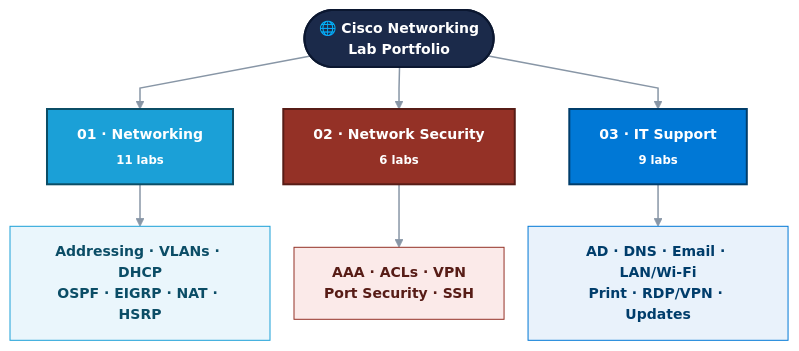
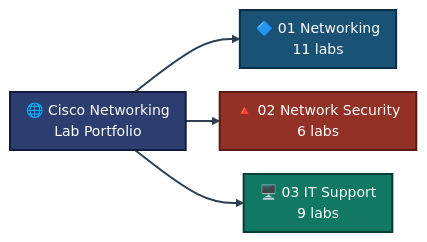
Before and after one commit to malaika-azhar/Cisco-Networking-Lab-Portfolio: the first of 6 diagrams in README.md, drawn with Mermaid. The commit also changed other lines of this file, not shown here.

````diff
--- a/README.md
+++ b/README.md
@@ -50,22 +61,13 @@
 ```mermaid
-%%{init: {'theme': 'base', 'themeVariables': {'fontSize': '14px'}, 'flowchart': {'nodeSpacing': 24, 'rankSpacing': 42, 'curve': 'linear'}}}%%
-flowchart TB
-    Root(["🌐 Cisco Networking<br/>Lab Portfolio"]):::root
-
-    Root --> N["01 · Networking<br/><sub>11 labs</sub>"]:::net
-    Root --> S["02 · Network Security<br/><sub>6 labs</sub>"]:::sec
-    Root --> I["03 · IT Support<br/><sub>9 labs</sub>"]:::sup
-
-    N --> N1["Addressing · VLANs · DHCP<br/>OSPF · EIGRP · NAT · HSRP"]:::netleaf
-    S --> S1["AAA · ACLs · VPN<br/>Port Security · SSH"]:::secleaf
-    I --> I1["AD · DNS · Email · LAN/Wi-Fi<br/>Print · RDP/VPN · Updates"]:::supleaf
-
-    classDef root fill:#1B2A4A,stroke:#0B1730,stroke-width:2px,color:#FFFFFF,font-weight:bold
-    classDef net fill:#1BA0D7,stroke:#0B4D66,stroke-width:2px,color:#FFFFFF,font-weight:bold
-    classDef sec fill:#943126,stroke:#571C16,stroke-width:2px,color:#FFFFFF,font-weight:bold
-    classDef sup fill:#0078D6,stroke:#003D6B,stroke-width:2px,color:#FFFFFF,font-weight:bold
-    classDef netleaf fill:#EAF6FC,stroke:#1BA0D7,stroke-width:1px,color:#0B4D66
-    classDef secleaf fill:#FBEAE9,stroke:#943126,stroke-width:1px,color:#571C16
-    classDef supleaf fill:#E9F2FB,stroke:#0078D6,stroke-width:1px,color:#003D6B
-    linkStyle default stroke:#8896A6,stroke-width:1.5px
+%%{init: {'theme': 'base', 'themeVariables': {'fontSize': '14px'}, 'flowchart': {'nodeSpacing': 24, 'rankSpacing': 34, 'padding': 8}}}%%
+flowchart LR
+    ROOT["🌐 Cisco Networking<br/>Lab Portfolio"]:::start
+    ROOT --> N["🔷 01 Networking<br/>11 labs"]:::net
+    ROOT --> S["🔺 02 Network Security<br/>6 labs"]:::sec
+    ROOT --> I["🖥️ 03 IT Support<br/>9 labs"]:::sup
+    classDef start fill:#2C3E70,stroke:#131B3A,stroke-width:2px,color:#FFFFFF
+    classDef net fill:#1A5276,stroke:#0B2E43,stroke-width:2px,color:#FFFFFF
+    classDef sec fill:#943126,stroke:#571C16,stroke-width:2px,color:#FFFFFF
+    classDef sup fill:#117864,stroke:#083D33,stroke-width:2px,color:#FFFFFF
+    linkStyle default stroke:#2C3E50,stroke-width:2px
 ```
````
